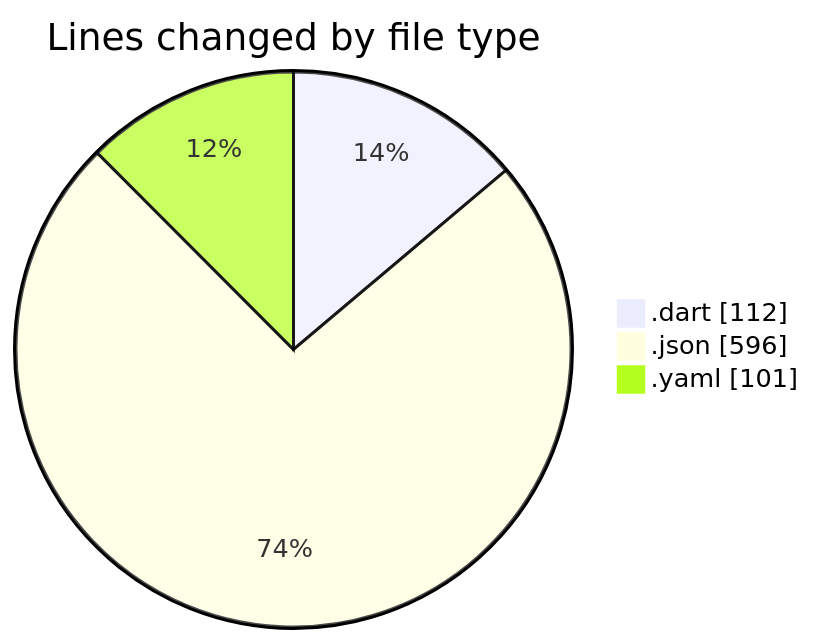
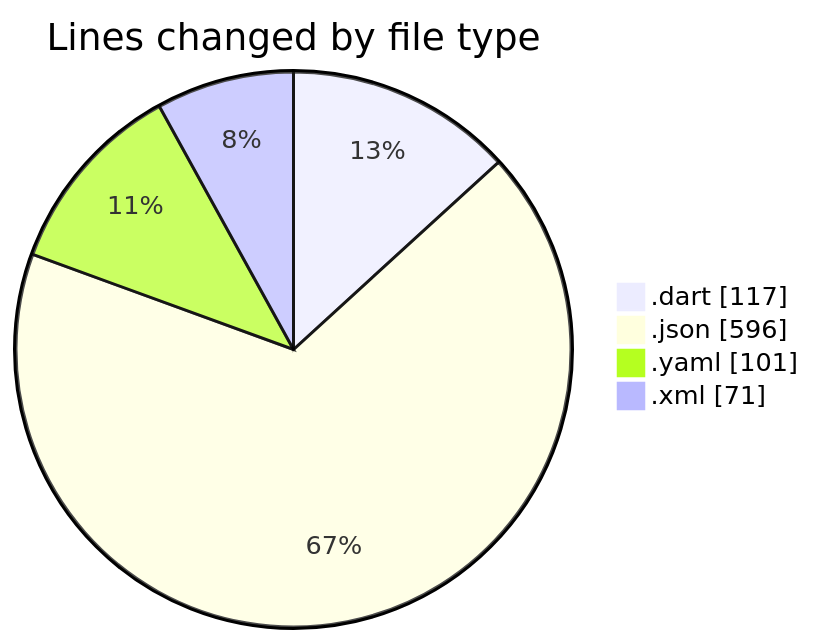
One commit to donsfak/code-tracking changed the first of 2 diagrams in 2025-02-21/uber_clone/README.md. Above: the diagram before and after it, drawn with Mermaid. The commit also changed other lines of this file and 1 other file, not shown here.

````diff
--- a/2025-02-21/uber_clone/README.md
+++ b/2025-02-21/uber_clone/README.md
@@ -25,7 +26,8 @@
 ```mermaid
 pie showData
 title Lines changed by file type
-".dart" : 112
+".dart" : 117
 ".json" : 596
 ".yaml" : 101
+".xml" : 71
 ```
````
